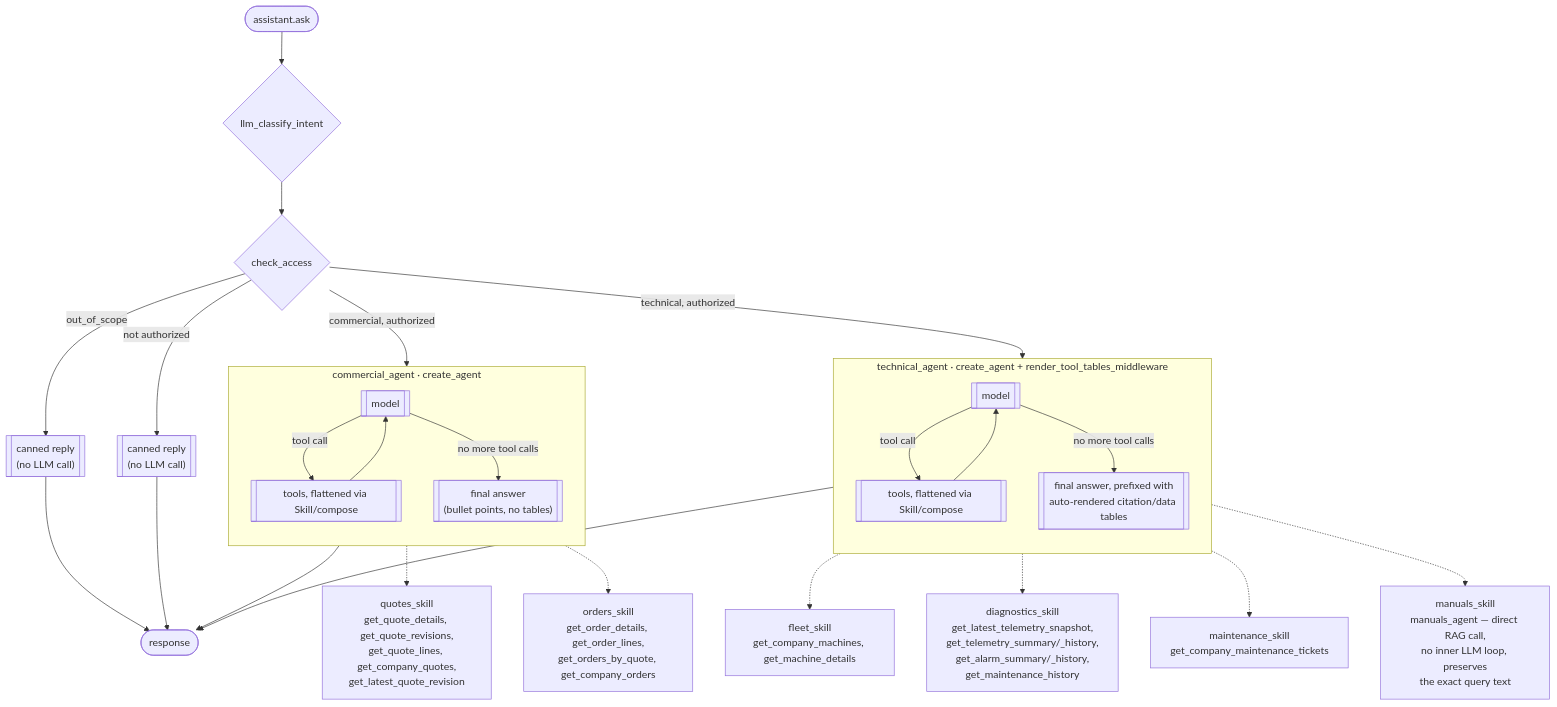
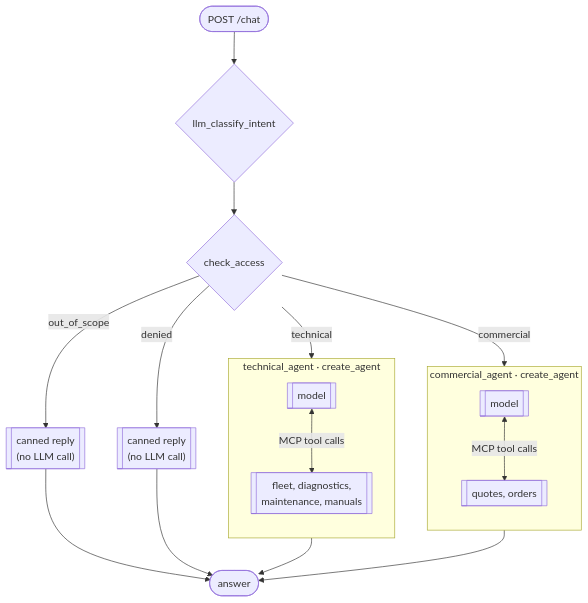
One commit to SDP-group6-Q2/ai-orchestrator changed the diagram in docs/README.md. Above: the diagram before and after it, drawn with Mermaid. The commit also changed other lines of this file and 46 other files, not shown here.

Commit message:
MCP connection and tool removal

````diff
--- a/docs/README.md
+++ b/docs/README.md
@@ -43,37 +14,23 @@
 ```mermaid
 flowchart TD
-    Start([assistant.ask]) --> Router{llm_classify_intent}
-    Router --> CheckAccess{check_access}
+    Start([POST /chat]) --> Router{llm_classify_intent}
+    Router --> Gate{check_access}
+    Gate -->|technical| Technical
+    Gate -->|commercial| Commercial
+    Gate -->|out_of_scope| OutOfScope[["canned reply\n(no LLM call)"]]
+    Gate -->|denied| AccessDenied[["canned reply\n(no LLM call)"]]
 
-    CheckAccess -->|technical, authorized| Technical
-    CheckAccess -->|commercial, authorized| Commercial
-    CheckAccess -->|out_of_scope| OutOfScope[["canned reply\n(no LLM call)"]]
-    CheckAccess -->|not authorized| AccessDenied[["canned reply\n(no LLM call)"]]
-
-    subgraph Technical["technical_agent · create_agent + render_tool_tables_middleware"]
+    subgraph Technical["technical_agent · create_agent"]
         direction TB
-        TechModel[[model]] -->|tool call| TechTools[[tools, flattened via Skill/compose]]
-        TechTools --> TechModel
-        TechModel -->|no more tool calls| TechAnswer[[final answer, prefixed with\nauto-rendered citation/data tables]]
+        TModel[[model]] <-->|MCP tool calls| TTools[[fleet, diagnostics,\nmaintenance, manuals]]
+    end
+    subgraph Commercial["commercial_agent · create_agent"]
+        direction TB
+        CModel[[model]] <-->|MCP tool calls| CTools[[quotes, orders]]
     end
 
-    TechTools -.-> FleetSkill["fleet_skill\nget_company_machines, get_machine_details"]
-    TechTools -.-> DiagSkill["diagnostics_skill\nget_latest_telemetry_snapshot,\nget_telemetry_summary/_history,\nget_alarm_summary/_history,\nget_maintenance_history"]
-    TechTools -.-> MaintSkill["maintenance_skill\nget_company_maintenance_tickets"]
-    TechTools -.-> ManualsSkill["manuals_skill\nmanuals_agent — direct RAG call,\nno inner LLM loop, preserves\nthe exact query text"]
-
-    subgraph Commercial["commercial_agent · create_agent"]
-        direction TB
-        CommModel[[model]] -->|tool call| CommTools[[tools, flattened via Skill/compose]]
-        CommTools --> CommModel
-        CommModel -->|no more tool calls| CommAnswer[["final answer\n(bullet points, no tables)"]]
-    end
-
-    CommTools -.-> QuotesSkill["quotes_skill\nget_quote_details, get_quote_revisions,\nget_quote_lines, get_company_quotes,\nget_latest_quote_revision"]
-    CommTools -.-> OrdersSkill["orders_skill\nget_order_details, get_order_lines,\nget_orders_by_quote, get_company_orders"]
-
-    TechAnswer --> End([response])
-    CommAnswer --> End
+    Technical --> End([answer])
+    Commercial --> End
     OutOfScope --> End
     AccessDenied --> End
 ```
````
